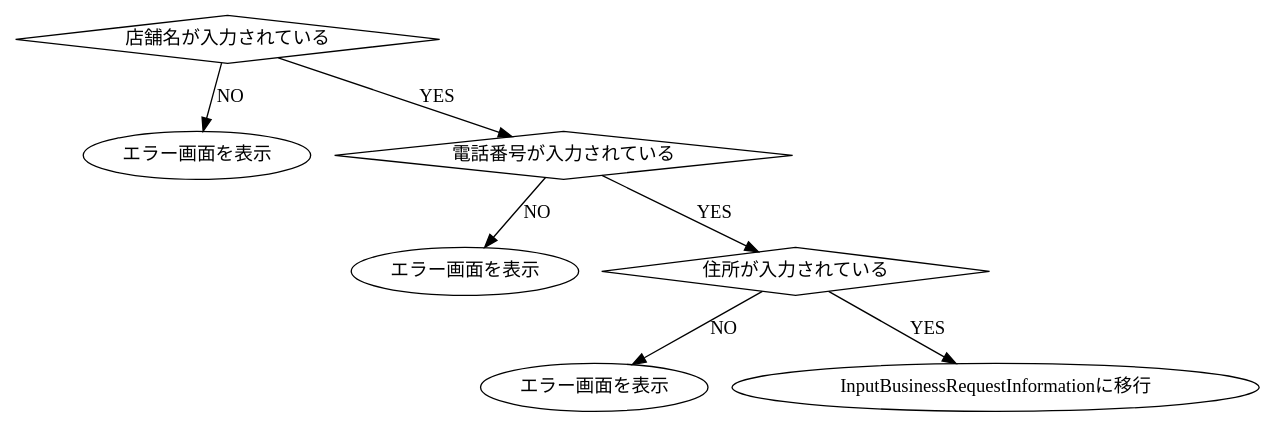
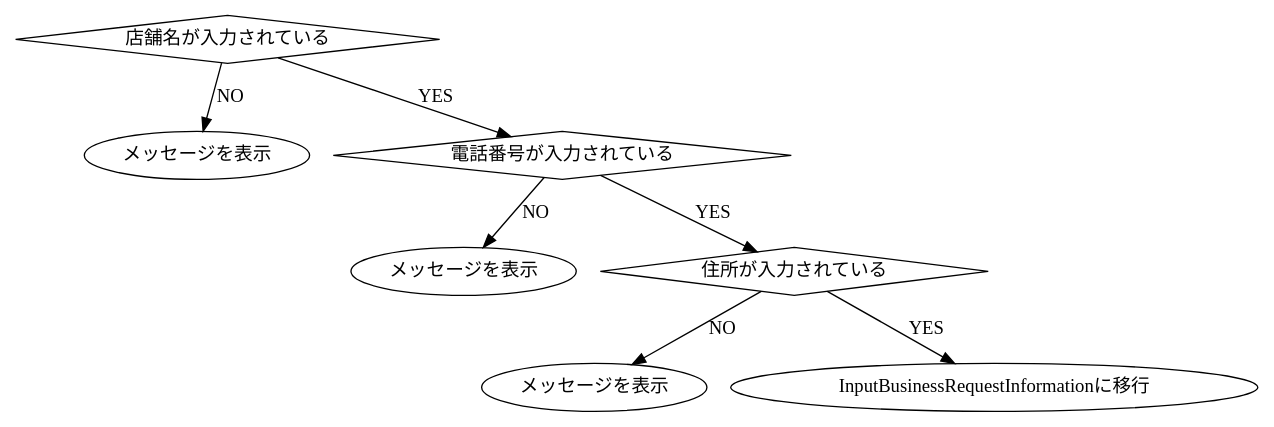
Before and after one commit to KUT-Group12/internal_design: the diagram in dot/marudemaru/UserInputBusinessApplication.dot, drawn with Graphviz. The commit also changed 15 other files, not shown here.

```diff
--- a/dot/marudemaru/UserInputBusinessApplication.dot
+++ b/dot/marudemaru/UserInputBusinessApplication.dot
@@ -1,18 +1,18 @@
 digraph G {
     #include "style.doth"
 
     store[label = "店舗名が入力されている", shape = diamond]
-    nostore[label = "エラー画面を表示"]
+    nostore[label = "メッセージを表示"]
     phone[label = "電話番号が入力されている", shape = diamond]
-    nophone[label = "エラー画面を表示"]
+    nophone[label = "メッセージを表示"]
     address[label = "住所が入力されている", shape = diamond]
-    noaddress[label = "エラー画面を表示"]
+    noaddress[label = "メッセージを表示"]
     move[label = "InputBusinessRequestInformationに移行"]
 
     store -> nostore[label = "NO"]
     store -> phone[label = "YES"]
     phone -> nophone[label = "NO"]
     phone -> address[label = "YES"]
     address -> noaddress[label = "NO"]
     address -> move[label = "YES"]
 }
```
